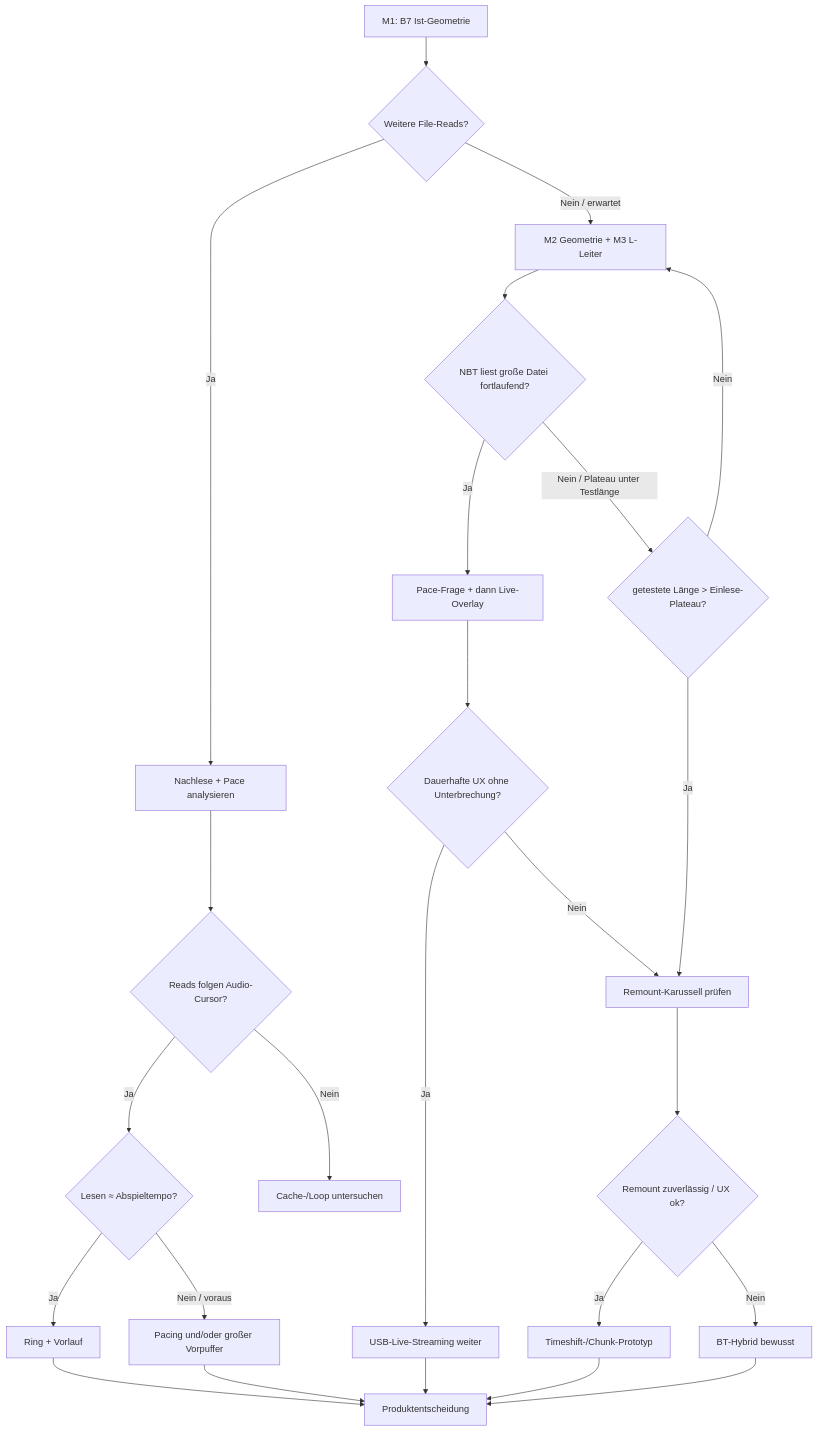
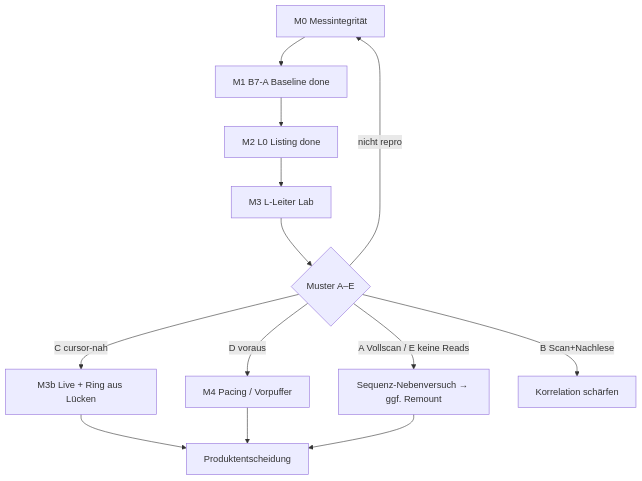
The diagram in docs/auftraege/AUFTRAG-MSC-HOST-READ-NACHWEIS.md (MPunktBPunkt/pidrive), drawn with Mermaid before and after one commit. The commit also changed other lines of this file and 5 other files, not shown here.

````diff
--- a/docs/auftraege/AUFTRAG-MSC-HOST-READ-NACHWEIS.md
+++ b/docs/auftraege/AUFTRAG-MSC-HOST-READ-NACHWEIS.md
@@ -44,34 +49,15 @@
 ```mermaid
 flowchart TD
-    A["M1: B7 Ist-Geometrie"] --> B{"Weitere File-Reads?"}
-    B -->|"Ja"| C["Nachlese + Pace analysieren"]
-    B -->|"Nein / erwartet"| D["M2 Geometrie + M3 L-Leiter"]
-
-    C --> E{"Reads folgen Audio-Cursor?"}
-    E -->|"Ja"| PACE{"Lesen ≈ Abspieltempo?"}
-    E -->|"Nein"| G["Cache-/Loop untersuchen"]
-
-    PACE -->|"Ja"| F["Ring + Vorlauf"]
-    PACE -->|"Nein / voraus"| PACING["Pacing und/oder großer Vorpuffer"]
-
-    D --> H{"NBT liest große Datei fortlaufend?"}
-    H -->|"Ja"| I["Pace-Frage + dann Live-Overlay"]
-    H -->|"Nein / Plateau unter Testlänge"| J{"getestete Länge > Einlese-Plateau?"}
-
-    J -->|"Nein"| D
-    J -->|"Ja"| K["Remount-Karussell prüfen"]
-
-    I --> L{"Dauerhafte UX ohne Unterbrechung?"}
-    L -->|"Ja"| M["USB-Live-Streaming weiter"]
-    L -->|"Nein"| K
-
-    K --> N{"Remount zuverlässig / UX ok?"}
-    N -->|"Ja"| O["Timeshift-/Chunk-Prototyp"]
-    N -->|"Nein"| P["BT-Hybrid bewusst"]
-
-    O --> Q["Produktentscheidung"]
-    P --> Q
-    F --> Q
+    M0["M0 Messintegrität"] --> M1done["M1 B7-A Baseline done"]
+    M1done --> M2done["M2 L0 Listing done"]
+    M2done --> M3["M3 L-Leiter Lab"]
+    M3 --> CLS{"Muster A–E"}
+    CLS -->|C cursor-nah| LIVE["M3b Live + Ring aus Lücken"]
+    CLS -->|D voraus| PACING["M4 Pacing / Vorpuffer"]
+    CLS -->|A Vollscan / E keine Reads| SEQ["Sequenz-Nebenversuch → ggf. Remount"]
+    CLS -->|B Scan+Nachlese| ANAL["Korrelation schärfen"]
+    CLS -->|nicht repro| M0
+    LIVE --> Q["Produktentscheidung"]
     PACING --> Q
-    M --> Q
+    SEQ --> Q
 ```
````
